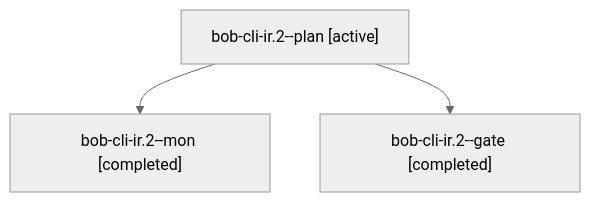
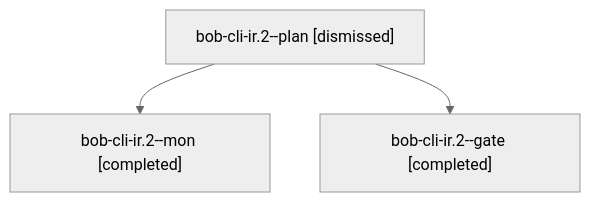
Before and after one commit to bobs-org/bob-cli--agents: the diagram in sessions/bbugyi200.athena.bob-cli-ir.2.md, drawn with Mermaid (neutral theme). The commit also changed other lines of this file and 100 other files, not shown here.

````diff
--- a/sessions/bbugyi200.athena.bob-cli-ir.2.md
+++ b/sessions/bbugyi200.athena.bob-cli-ir.2.md
@@ -9,8 +9,8 @@
 ```mermaid
 flowchart TD
-  n0["bob-cli-ir.2--plan [active]"]
+  n0["bob-cli-ir.2--plan [dismissed]"]
   n1["bob-cli-ir.2--mon [completed]"]
   n0 --> n1
   n2["bob-cli-ir.2--gate [completed]"]
   n0 --> n2
 ```
````
